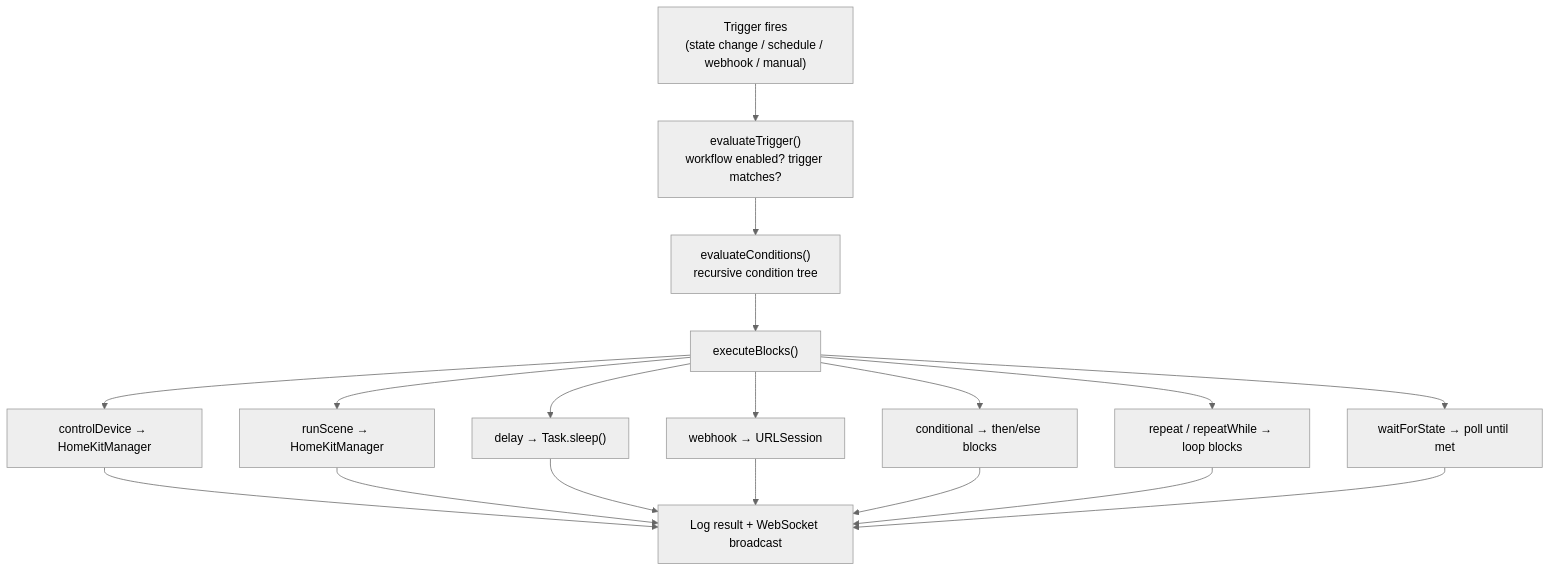
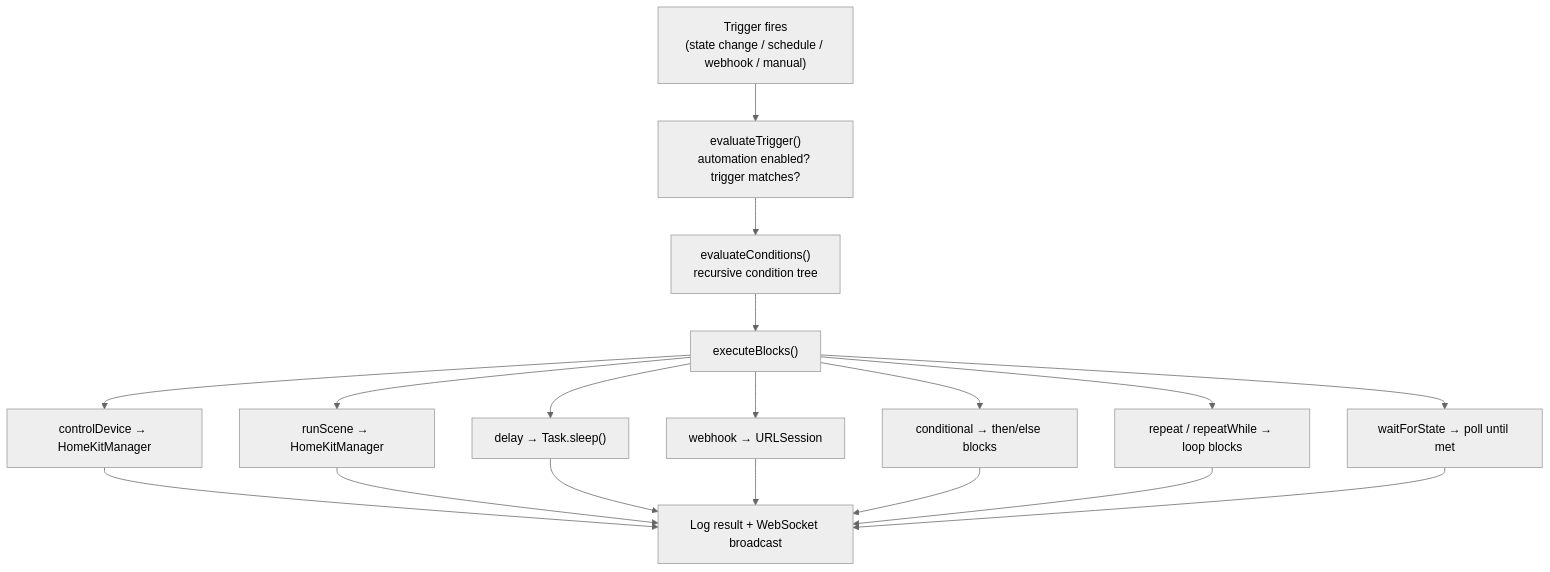
Before and after one commit to novoapro/compai-home: the seventh of 9 diagrams in DESIGN.md, drawn with Mermaid (neutral theme). The commit also changed other lines of this file and 459 other files, not shown here.

````diff
--- a/DESIGN.md
+++ b/DESIGN.md
@@ -541,23 +541,23 @@
 ```mermaid
 graph TD
     Trigger["Trigger fires<br/>(state change / schedule / webhook / manual)"]
-    Trigger --> Eval["evaluateTrigger()<br/>workflow enabled? trigger matches?"]
+    Trigger --> Eval["evaluateTrigger()<br/>automation enabled? trigger matches?"]
     Eval --> Cond["evaluateConditions()<br/>recursive condition tree"]
     Cond --> Exec["executeBlocks()"]
 
     Exec --> A1["controlDevice → HomeKitManager"]
     Exec --> A2["runScene → HomeKitManager"]
     Exec --> A3["delay → Task.sleep()"]
     Exec --> A4["webhook → URLSession"]
     Exec --> A5["conditional → then/else blocks"]
     Exec --> A6["repeat / repeatWhile → loop blocks"]
     Exec --> A7["waitForState → poll until met"]
 
     A1 --> Log["Log result + WebSocket broadcast"]
     A2 --> Log
     A3 --> Log
     A4 --> Log
     A5 --> Log
     A6 --> Log
     A7 --> Log
 ```
````
